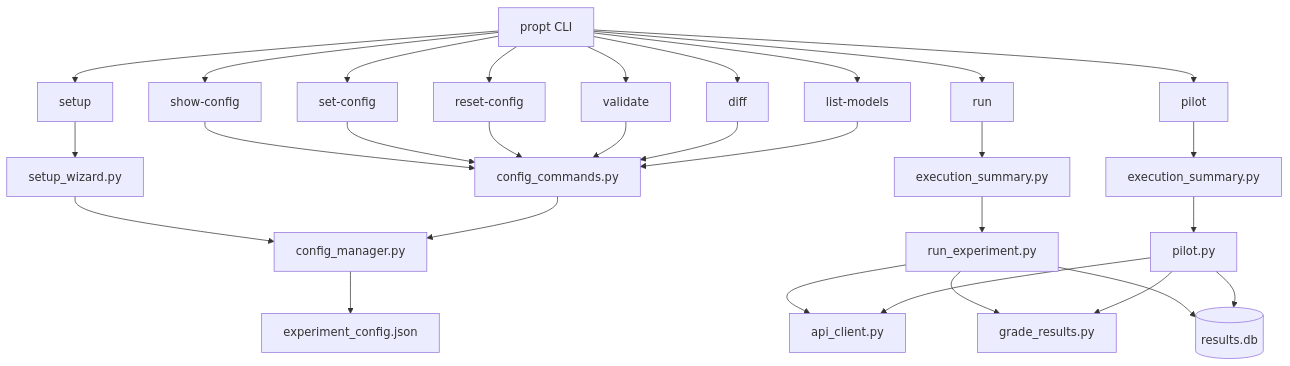
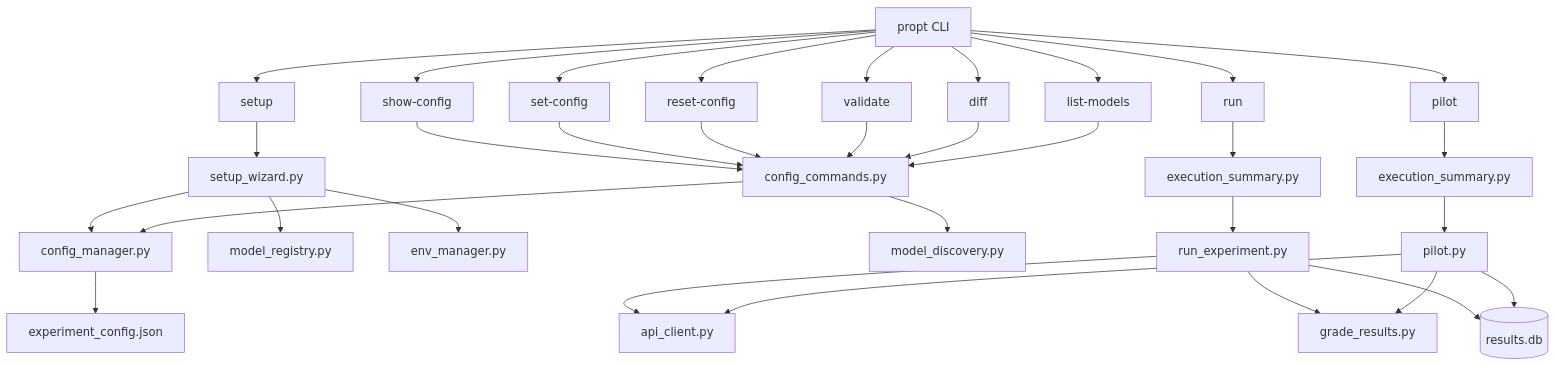
One commit to sscargal/linguistic-tax changed the third of 4 diagrams in docs/architecture.md. Above: the diagram before and after it, drawn with Mermaid. The commit also changed other lines of this file, not shown here.

First line of the commit message:
docs(21-03): update architecture.md for v2.0 modules and registry pattern

````diff
--- a/docs/architecture.md
+++ b/docs/architecture.md
@@ -49,36 +51,39 @@
 ```mermaid
 flowchart TD
     PROPT[propt CLI] --> SETUP[setup]
     PROPT --> SHOWCONFIG[show-config]
     PROPT --> SETCONFIG[set-config]
     PROPT --> RESETCONFIG[reset-config]
     PROPT --> VALIDATE[validate]
     PROPT --> DIFF[diff]
     PROPT --> LISTMODELS[list-models]
     PROPT --> RUN[run]
     PROPT --> PILOT[pilot]
 
     SETUP --> SW[setup_wizard.py]
     SW --> CM[config_manager.py]
+    SW --> MR[model_registry.py]
+    SW --> EM[env_manager.py]
     CM --> CFG[experiment_config.json]
 
     SHOWCONFIG --> CC[config_commands.py]
     SETCONFIG --> CC
     RESETCONFIG --> CC
     VALIDATE --> CC
     DIFF --> CC
     LISTMODELS --> CC
     CC --> CM
+    CC --> MD[model_discovery.py]
 
     RUN --> ES[execution_summary.py]
     ES --> RE[run_experiment.py]
     RE --> AC[api_client.py]
     RE --> GR[grade_results.py]
     RE --> DB[(results.db)]
 
     PILOT --> ES2[execution_summary.py]
     ES2 --> PL[pilot.py]
     PL --> AC
     PL --> GR
     PL --> DB
 ```
````
